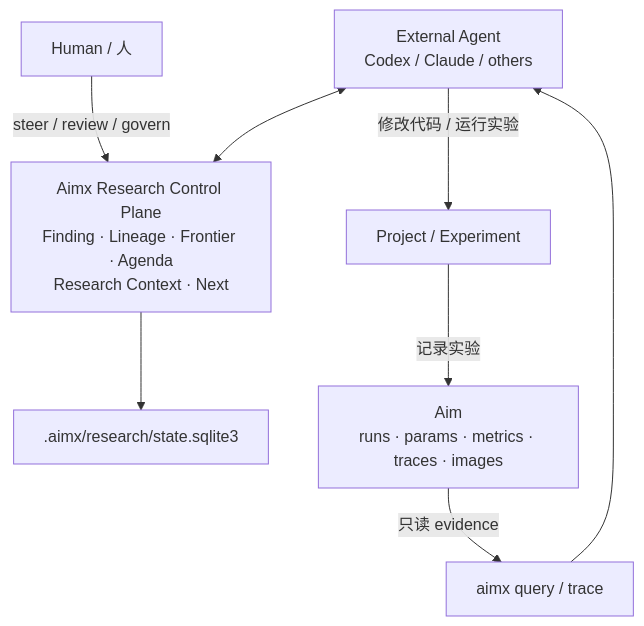
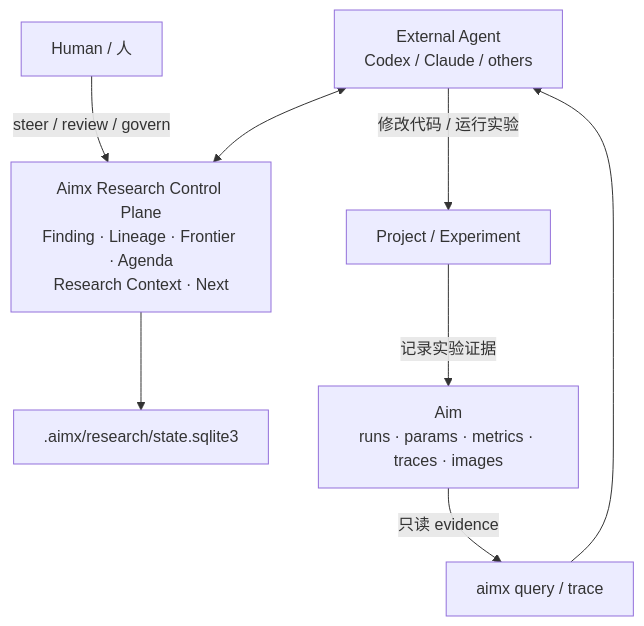
The diagram in README.zh-CN.md (blizhan/aimx), drawn with Mermaid before and after one commit. The commit also changed other lines of this file and 1 other file, not shown here.

Commit message:
docs: streamline README structure and remove roadmap section

````diff
--- a/README.zh-CN.md
+++ b/README.zh-CN.md
@@ -100,10 +159,10 @@
 ```mermaid
 flowchart TB
     H[Human / 人] -->|steer / review / govern| RS
     A[External Agent\nCodex / Claude / others] <--> RS[Aimx Research Control Plane\nFinding · Lineage · Frontier · Agenda\nResearch Context · Next]
     A -->|修改代码 / 运行实验| P[Project / Experiment]
-    P -->|记录实验| AIM[Aim\nruns · params · metrics · traces · images]
+    P -->|记录实验证据| AIM[Aim\nruns · params · metrics · traces · images]
     AIM -->|只读 evidence| Q[aimx query / trace]
     Q --> A
     RS --> DB[.aimx/research/state.sqlite3]
 ```
````
